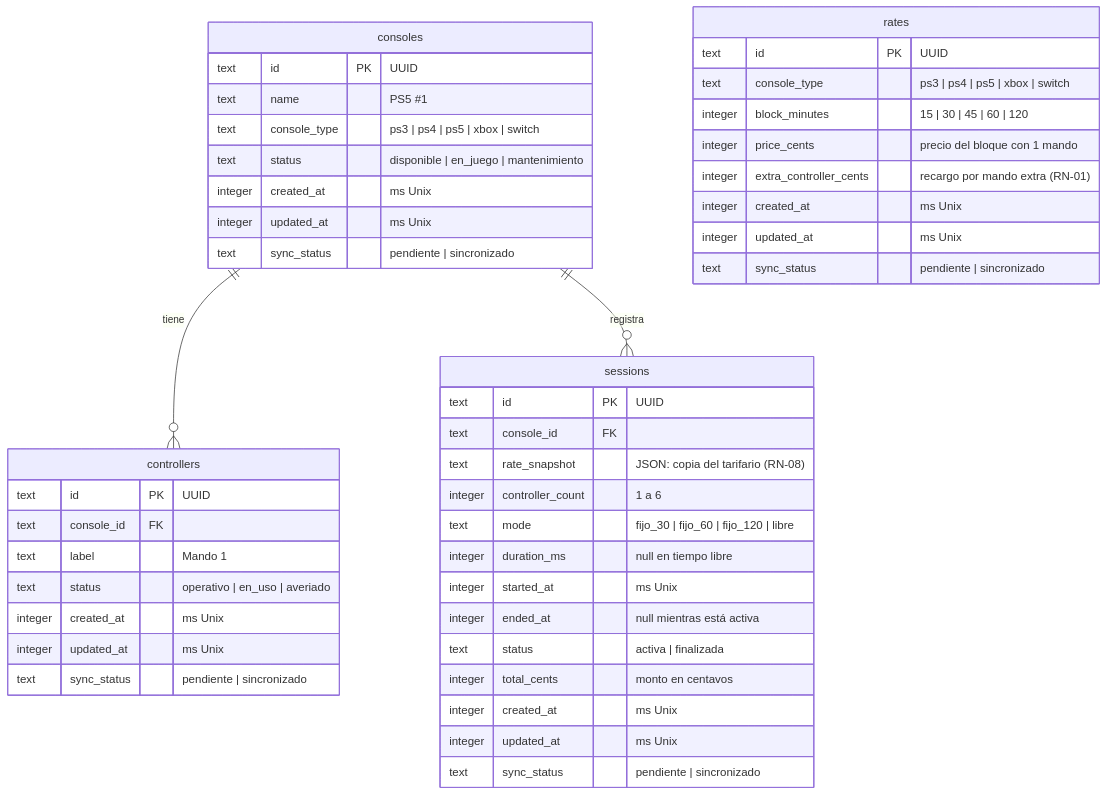
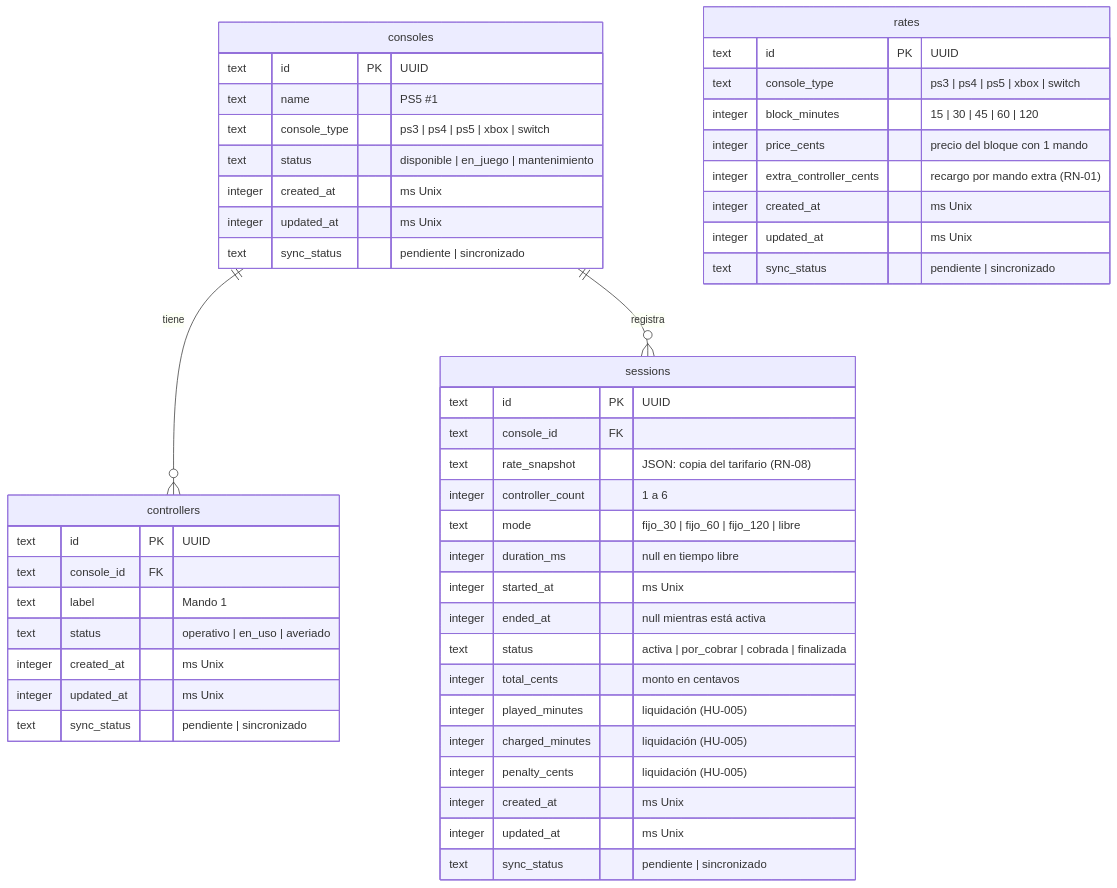
The diagram in docs/architecture/base-de-datos.md (VictorMA18/ConsoleControl), drawn with Mermaid before and after one commit. The commit also changed other lines of this file and 13 other files, not shown here.

First line of the commit message:
feat(HU-005): estados por cobrar y cobrada y columnas de liquidación

````diff
--- a/docs/architecture/base-de-datos.md
+++ b/docs/architecture/base-de-datos.md
@@ -18,52 +18,55 @@
 ```mermaid
 erDiagram
     consoles ||--o{ controllers : "tiene"
     consoles ||--o{ sessions : "registra"
 
     consoles {
         text id PK "UUID"
         text name "PS5 #1"
         text console_type "ps3 | ps4 | ps5 | xbox | switch"
         text status "disponible | en_juego | mantenimiento"
         integer created_at "ms Unix"
         integer updated_at "ms Unix"
         text sync_status "pendiente | sincronizado"
     }
 
     controllers {
         text id PK "UUID"
         text console_id FK
         text label "Mando 1"
         text status "operativo | en_uso | averiado"
         integer created_at "ms Unix"
         integer updated_at "ms Unix"
         text sync_status "pendiente | sincronizado"
     }
 
     sessions {
         text id PK "UUID"
         text console_id FK
         text rate_snapshot "JSON: copia del tarifario (RN-08)"
         integer controller_count "1 a 6"
         text mode "fijo_30 | fijo_60 | fijo_120 | libre"
         integer duration_ms "null en tiempo libre"
         integer started_at "ms Unix"
         integer ended_at "null mientras está activa"
-        text status "activa | finalizada"
+        text status "activa | por_cobrar | cobrada | finalizada"
         integer total_cents "monto en centavos"
+        integer played_minutes "liquidación (HU-005)"
+        integer charged_minutes "liquidación (HU-005)"
+        integer penalty_cents "liquidación (HU-005)"
         integer created_at "ms Unix"
         integer updated_at "ms Unix"
         text sync_status "pendiente | sincronizado"
     }
 
     rates {
         text id PK "UUID"
         text console_type "ps3 | ps4 | ps5 | xbox | switch"
         integer block_minutes "15 | 30 | 45 | 60 | 120"
         integer price_cents "precio del bloque con 1 mando"
         integer extra_controller_cents "recargo por mando extra (RN-01)"
         integer created_at "ms Unix"
         integer updated_at "ms Unix"
         text sync_status "pendiente | sincronizado"
     }
 ```
````
